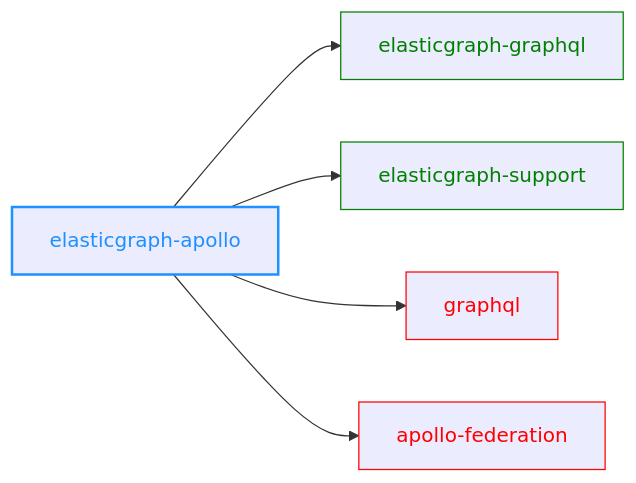
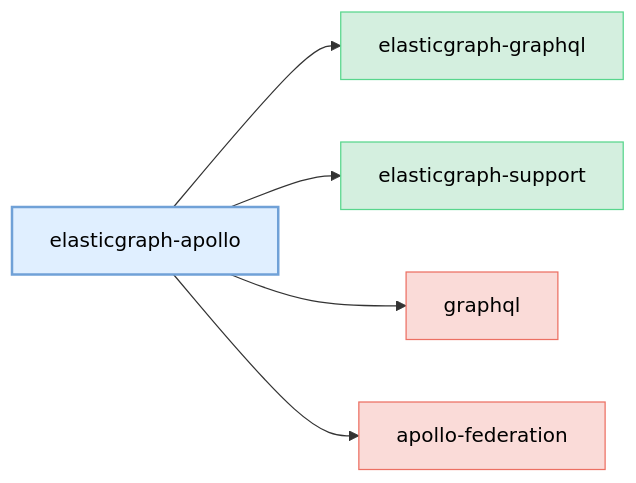
The diagram in elasticgraph-apollo/README.md (block/elasticgraph), drawn with Mermaid before and after one commit. The commit also changed 23 other files, not shown here.

````diff
--- a/elasticgraph-apollo/README.md
+++ b/elasticgraph-apollo/README.md
@@ -10,19 +10,22 @@
 ```mermaid
 graph LR;
+    classDef currentGemStyle fill:#E0EFFF,stroke:#70A1D7,color:#000,stroke-width:2px;
+    classDef internalEgGemStyle fill:#D4EFDF,stroke:#58D68D,color:#000;
+    classDef externalGemStyle fill:#FADBD8,stroke:#EC7063,color:#000;
     elasticgraph-apollo["elasticgraph-apollo"];
+    class elasticgraph-apollo currentGemStyle;
     elasticgraph-graphql["elasticgraph-graphql"];
     elasticgraph-apollo --> elasticgraph-graphql;
+    class elasticgraph-graphql internalEgGemStyle;
     elasticgraph-support["elasticgraph-support"];
     elasticgraph-apollo --> elasticgraph-support;
+    class elasticgraph-support internalEgGemStyle;
     graphql["graphql"];
     elasticgraph-apollo --> graphql;
+    class graphql externalGemStyle;
     apollo-federation["apollo-federation"];
     elasticgraph-apollo --> apollo-federation;
-    style elasticgraph-apollo color:DodgerBlue,stroke-width:2px,stroke:DodgerBlue;
-    style elasticgraph-graphql color:Green,stroke:Green;
-    style elasticgraph-support color:Green,stroke:Green;
-    style graphql color:Red,stroke:Red;
-    style apollo-federation color:Red,stroke:Red;
+    class apollo-federation externalGemStyle;
     click graphql href "https://rubygems.org/gems/graphql" "Open on RubyGems.org" _blank;
     click apollo-federation href "https://rubygems.org/gems/apollo-federation" "Open on RubyGems.org" _blank;
 ```
````
